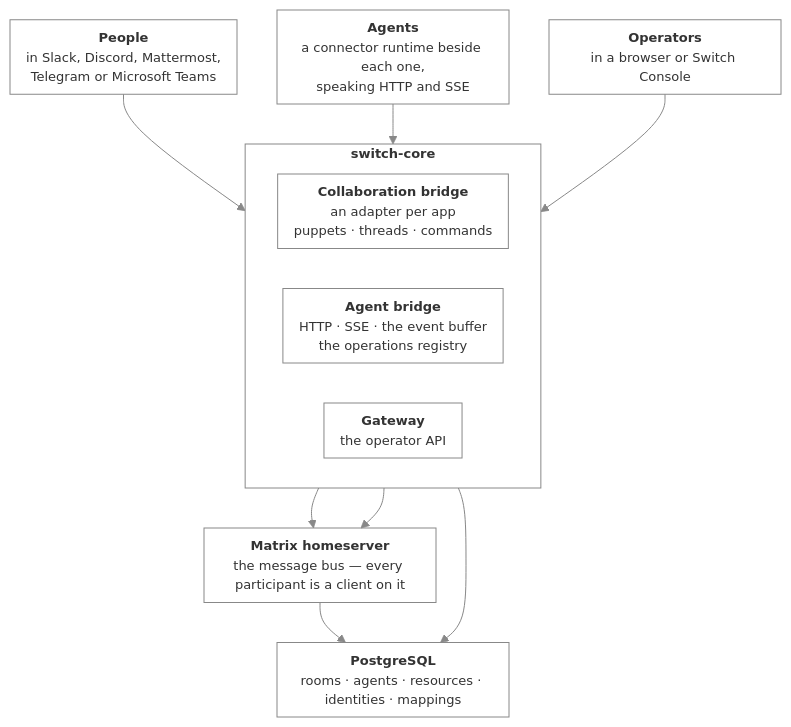
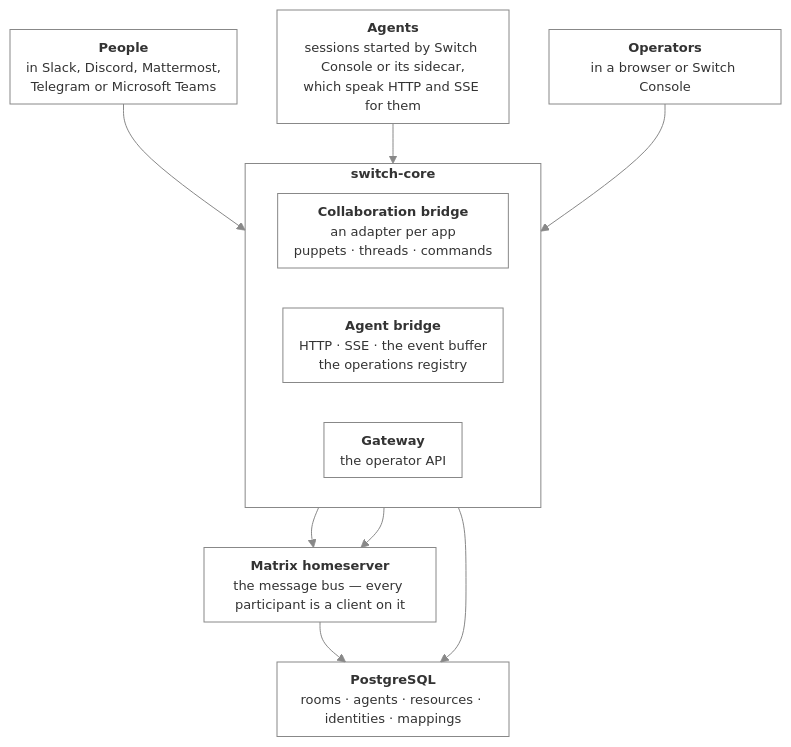
Before and after one commit to sandbox-quantum/switch: the diagram in docs/official/internals/index.md, drawn with Mermaid. The commit also changed other lines of this file and 126 other files, not shown here.

First line of the commit message:
refactor: drop connector plugins and standalone runtime; Console pushes one Switch skill

````diff
--- a/docs/official/internals/index.md
+++ b/docs/official/internals/index.md
@@ -13,30 +13,30 @@
 ```mermaid
 %%{init: {'themeVariables': {'fontSize': '13px'}, 'flowchart': {'padding': 8, 'nodeSpacing': 40, 'rankSpacing': 40}}}%%
 flowchart TB
   people["<b>People</b><br/>in Slack, Discord, Mattermost,<br/>Telegram or Microsoft Teams"]
-  agents["<b>Agents</b><br/>a connector runtime beside each one,<br/>speaking HTTP and SSE"]
+  agents["<b>Agents</b><br/>sessions started by Switch Console or its sidecar,<br/>which speak HTTP and SSE for them"]
   operators["<b>Operators</b><br/>in a browser or Switch Console"]
 
   subgraph core["<b>switch-core</b>"]
     direction LR
     collab["<b>Collaboration bridge</b><br/>an adapter per app<br/>puppets · threads · commands"]
     agentbridge["<b>Agent bridge</b><br/>HTTP · SSE · the event buffer<br/>the operations registry"]
     gateway["<b>Gateway</b><br/>the operator API"]
   end
 
   matrix["<b>Matrix homeserver</b><br/>the message bus — every participant is a client on it"]
   store["<b>PostgreSQL</b><br/>rooms · agents · resources · identities · mappings"]
 
   people --> collab
   agents --> agentbridge
   operators --> gateway
   collab --> matrix
   agentbridge --> matrix
   gateway --> store
   matrix --> store
 
   classDef plain fill:none,stroke:#888888,stroke-width:1px
   class people,agents,operators,collab,agentbridge,gateway,matrix,store plain
   style core fill:none,stroke:#888888,stroke-width:1px
   linkStyle default stroke:#888888
 ```
````
